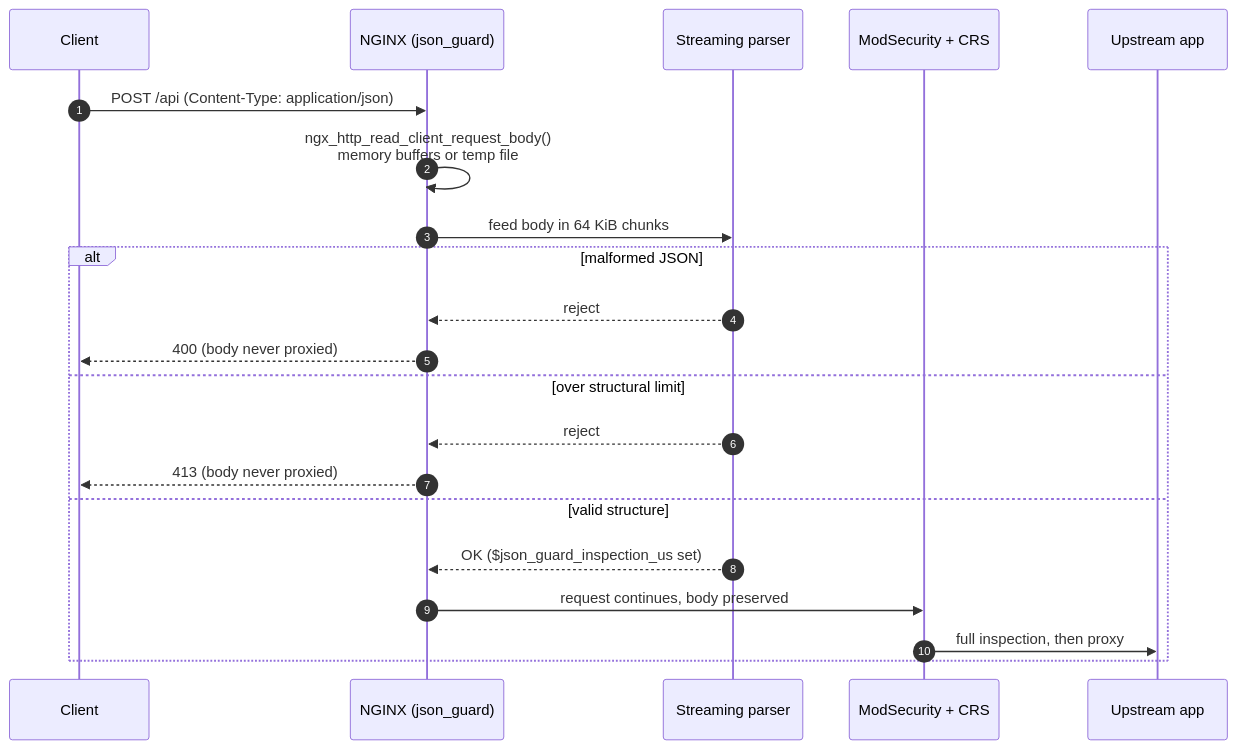
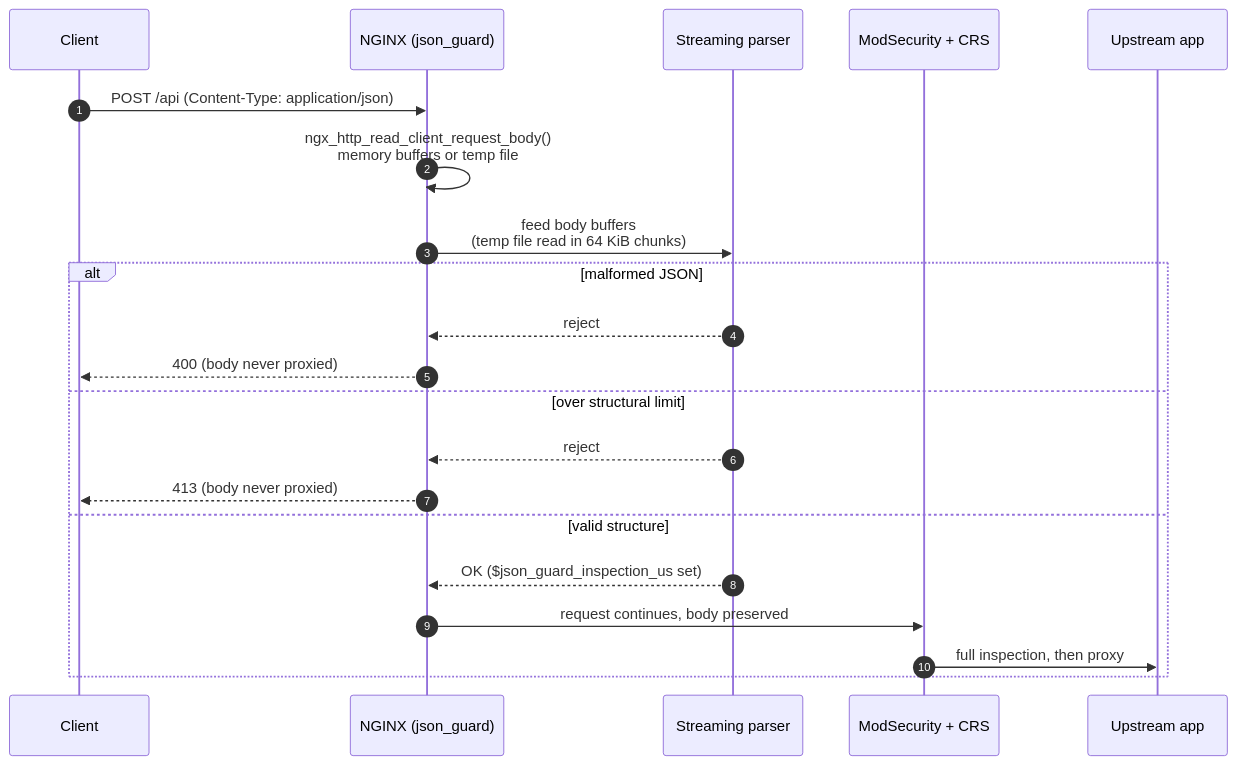
The first of 2 diagrams in docs-site/docs/intro/architecture.md (Vulcanite/ngx_json_guard), drawn with Mermaid before and after one commit. The commit also changed other lines of this file and 8 other files, not shown here.

````diff
--- a/docs-site/docs/intro/architecture.md
+++ b/docs-site/docs/intro/architecture.md
@@ -9,24 +9,24 @@
 ```mermaid
 sequenceDiagram
     autonumber
     participant C as Client
     participant N as NGINX (json_guard)
     participant P as Streaming parser
     participant M as ModSecurity + CRS
     participant U as Upstream app
 
     C->>N: POST /api (Content-Type: application/json)
     N->>N: ngx_http_read_client_request_body()<br/>memory buffers or temp file
-    N->>P: feed body in 64 KiB chunks
+    N->>P: feed body buffers<br/>(temp file read in 64 KiB chunks)
     alt malformed JSON
         P-->>N: reject
         N-->>C: 400 (body never proxied)
     else over structural limit
         P-->>N: reject
         N-->>C: 413 (body never proxied)
     else valid structure
         P-->>N: OK ($json_guard_inspection_us set)
         N->>M: request continues, body preserved
         M->>U: full inspection, then proxy
     end
 ```
````
